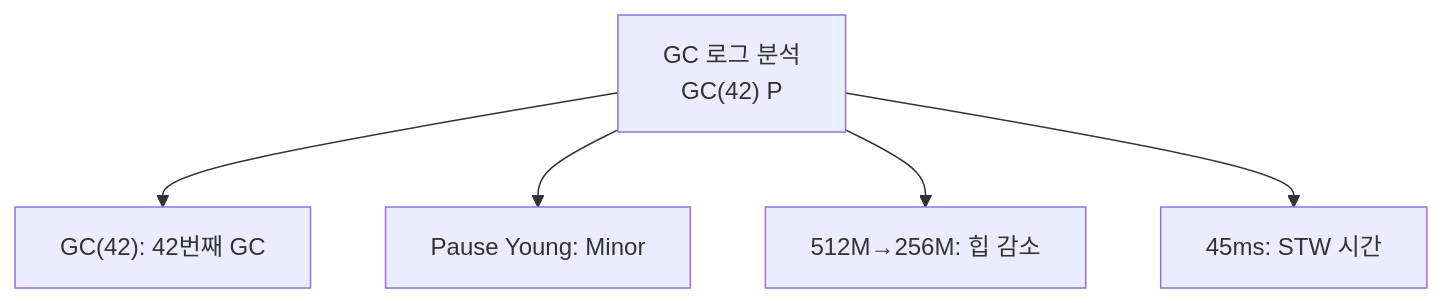
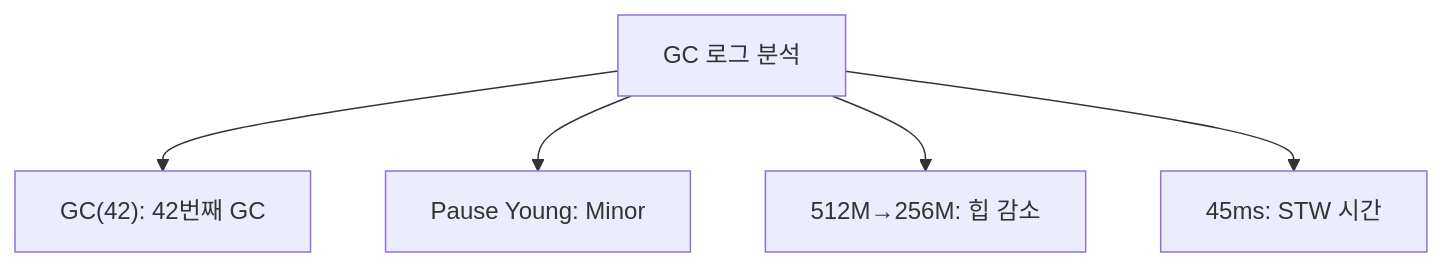
Before and after one commit to yjkim2015/yjkim2015.github.io: diagram 20 of 29 in _posts/java/2026-05-01-java-garbage-collector.md, drawn with Mermaid. The commit also changed other lines of this file and 217 other files, not shown here.

First line of the commit message:
Mermaid 크기 수정: useMaxWidth:true + SVG max-width:100% + 라벨 축소

````diff
--- a/_posts/java/2026-05-01-java-garbage-collector.md
+++ b/_posts/java/2026-05-01-java-garbage-collector.md
@@ -538,8 +538,8 @@
 ```mermaid
 graph TD
-    LOG["GC 로그 분석\nGC(42) P"]
+    LOG["GC 로그 분석"]
     LOG --> A["GC(42): 42번째 GC"]
     LOG --> B["Pause Young: Minor"]
     LOG --> C["512M→256M: 힙 감소"]
     LOG --> D["45ms: STW 시간"]
 ```
````
